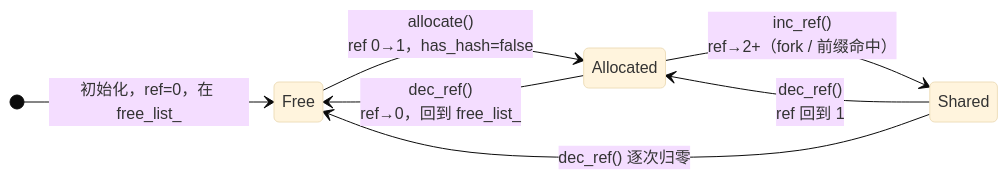
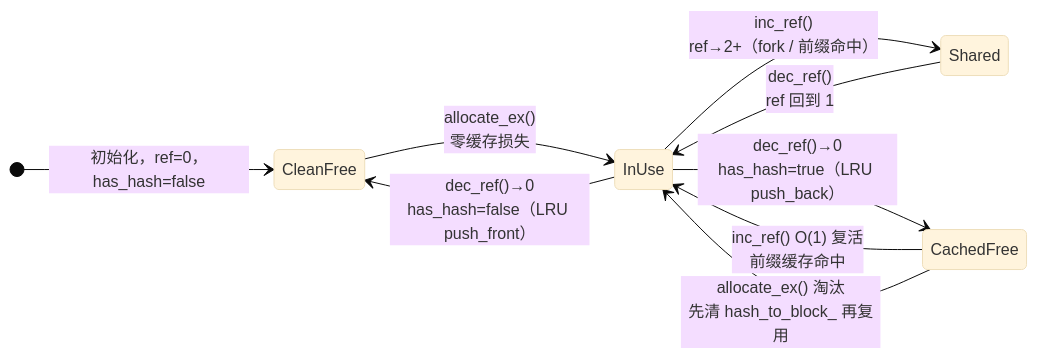
Before and after one commit to laoyeye831/learn-vllm-paged-kvcache: the third of 6 diagrams in docs/ARCHITECTURE.md, drawn with Mermaid (base theme). The commit also changed other lines of this file and 18 other files, not shown here.

````diff
--- a/docs/ARCHITECTURE.md
+++ b/docs/ARCHITECTURE.md
@@ -142,10 +148,12 @@
 ```mermaid
 stateDiagram-v2
     direction LR
-    [*] --> Free: 初始化，ref=0，在 free_list_
-    Free --> Allocated: allocate()<br/>ref 0→1，has_hash=false
-    Allocated --> Shared: inc_ref()<br/>ref→2+（fork / 前缀命中）
-    Shared --> Allocated: dec_ref()<br/>ref 回到 1
-    Allocated --> Free: dec_ref()<br/>ref→0，回到 free_list_
-    Shared --> Free: dec_ref() 逐次归零
+    [*] --> CleanFree: 初始化，ref=0，has_hash=false
+    CleanFree --> InUse: allocate_ex()<br/>零缓存损失
+    InUse --> Shared: inc_ref()<br/>ref→2+（fork / 前缀命中）
+    Shared --> InUse: dec_ref()<br/>ref 回到 1
+    InUse --> CleanFree: dec_ref()→0<br/>has_hash=false（LRU push_front）
+    InUse --> CachedFree: dec_ref()→0<br/>has_hash=true（LRU push_back）
+    CachedFree --> InUse: inc_ref() O(1) 复活<br/>前缀缓存命中
+    CachedFree --> InUse: allocate_ex() 淘汰<br/>先清 hash_to_block_ 再复用
 ```
````
